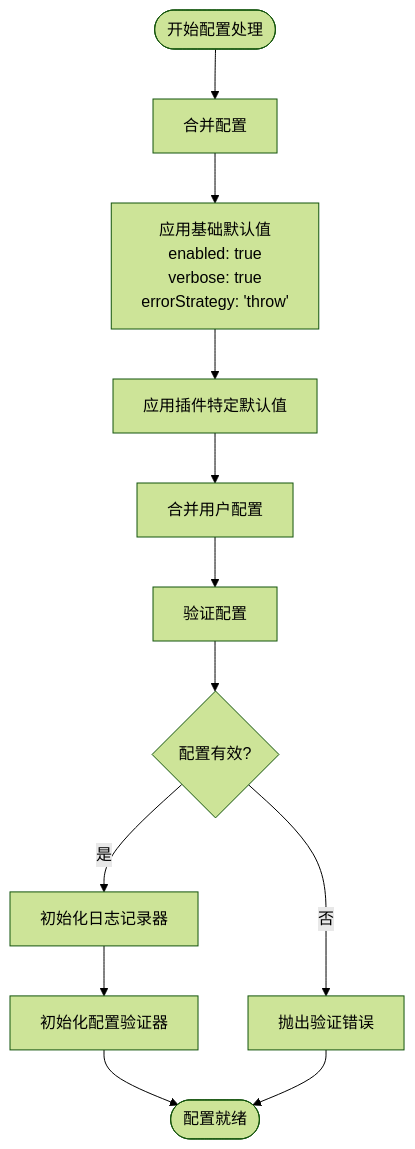
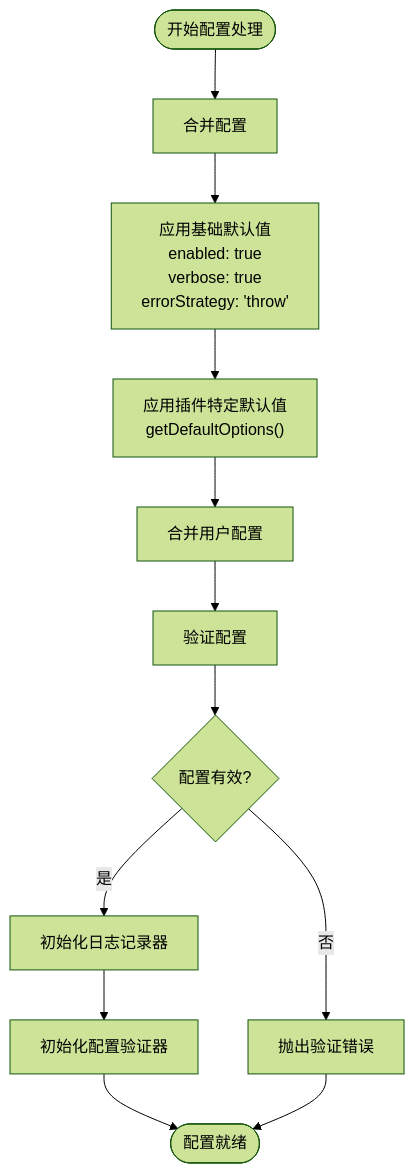
Before and after one commit to MengXi-Studio/vite-plugin: the fourth of 6 diagrams in .qoder/repowiki/zh/content/插件开发/插件工厂系统.md, drawn with Mermaid (forest theme). The commit also changed other lines of this file and 5 other files, not shown here.

````diff
--- a/.qoder/repowiki/zh/content/插件开发/插件工厂系统.md
+++ b/.qoder/repowiki/zh/content/插件开发/插件工厂系统.md
@@ -255,14 +277,14 @@
 ```mermaid
 flowchart TD
 Start([开始配置处理]) --> MergeOptions["合并配置"]
 MergeOptions --> BaseDefaults["应用基础默认值<br/>enabled: true<br/>verbose: true<br/>errorStrategy: 'throw'"]
-BaseDefaults --> PluginDefaults["应用插件特定默认值"]
+BaseDefaults --> PluginDefaults["应用插件特定默认值<br/>getDefaultOptions()"]
 PluginDefaults --> UserOptions["合并用户配置"]
 UserOptions --> Validate["验证配置"]
 Validate --> Valid{"配置有效?"}
 Valid --> |是| InitLogger["初始化日志记录器"]
 Valid --> |否| ThrowError["抛出验证错误"]
 InitLogger --> InitValidator["初始化配置验证器"]
 InitValidator --> Ready([配置就绪])
 ThrowError --> Ready
 ```
````
